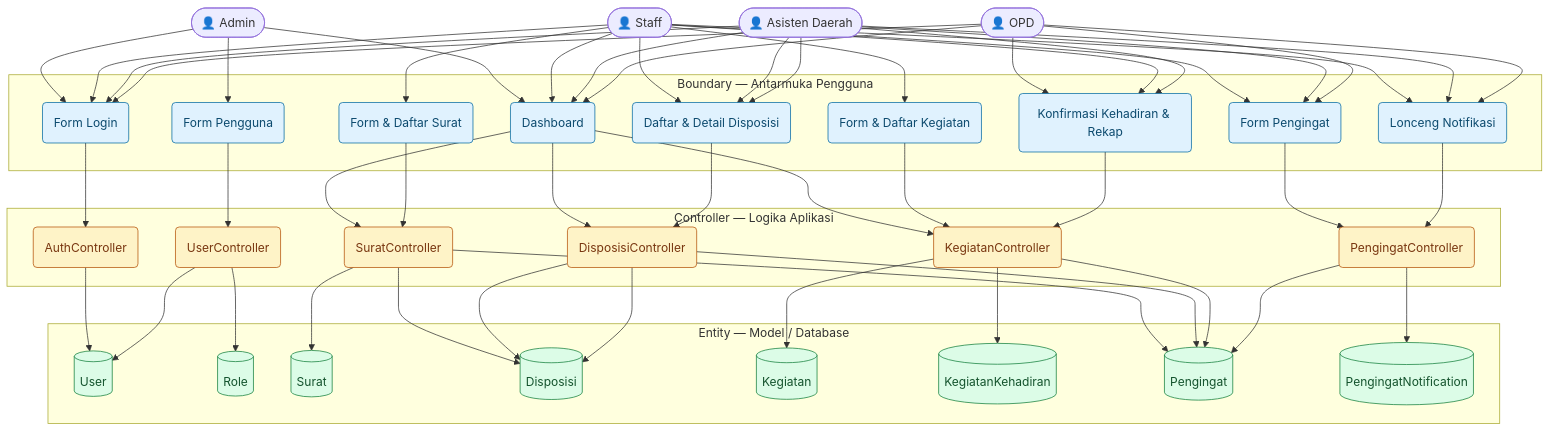
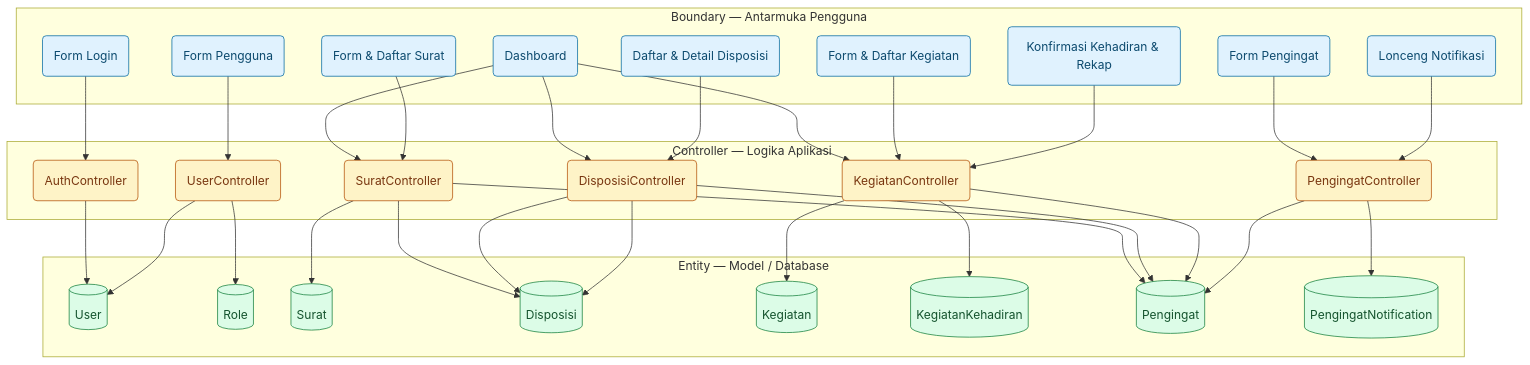
Before and after one commit to cisnatinnov/SI_Pengelolaan_Data_Agenda: diagram 26 of 28 in laravel-vue-mvc/docs/UML_Documentation.md, drawn with Mermaid. The commit also changed other lines of this file and 31 other files, not shown here.

Commit message:
Enhance diagram rendering script with improved error handling and customizable theme options; update UML documentation and diagrams for clarity and consistency.

```diff
--- a/laravel-vue-mvc/docs/UML_Documentation.md
+++ b/laravel-vue-mvc/docs/UML_Documentation.md
@@ -938,12 +938,6 @@
     classDef boundary fill:#e0f2fe,stroke:#0369a1,color:#0c4a6e
     classDef controller fill:#fef3c7,stroke:#b45309,color:#78350f
     classDef entity fill:#dcfce7,stroke:#15803d,color:#14532d
-
-    %% ==== Aktor ====
-    Admin([👤 Admin])
-    Staff([👤 Staff])
-    Asisten([👤 Asisten Daerah])
-    OPD([👤 OPD])
 
     %% ==== Boundary (Antarmuka Pengguna) ====
     subgraph Boundary [Boundary — Antarmuka Pengguna]
@@ -981,71 +975,46 @@
     end
 
     %% ==== Alur: Login & Logout (FR-01) ====
-    Admin --> B_LOGIN
-    Staff --> B_LOGIN
-    Asisten --> B_LOGIN
-    OPD --> B_LOGIN
     B_LOGIN --> C_AUTH
     C_AUTH --> E_USER
 
     %% ==== Alur: Dashboard (FR-02) ====
-    Admin --> B_DASH
-    Staff --> B_DASH
-    Asisten --> B_DASH
-    OPD --> B_DASH
     B_DASH --> C_SURAT
     B_DASH --> C_DISP
     B_DASH --> C_KEG
 
     %% ==== Alur: Kelola Surat (FR-03) ====
-    Staff --> B_SURAT
     B_SURAT --> C_SURAT
     C_SURAT --> E_SURAT
     C_SURAT --> E_DISP
     C_SURAT --> E_PENG
 
     %% ==== Alur: Lihat Disposisi (FR-04) ====
-    Staff --> B_DISP
-    Asisten --> B_DISP
     B_DISP --> C_DISP
     C_DISP --> E_DISP
 
     %% ==== Alur: Serahkan / Tolak Disposisi (FR-05 & FR-06) ====
-    Asisten --> B_DISP
     C_DISP --> E_DISP
     C_DISP --> E_PENG
 
     %% ==== Alur: Kelola Kegiatan (FR-07) ====
-    Staff --> B_KEG
     B_KEG --> C_KEG
     C_KEG --> E_KEG
     C_KEG --> E_PENG
 
-    %% ==== Alur: Konfirmasi Kehadiran (FR-08) ====
-    OPD --> B_KEH
+    %% ==== Alur: Konfirmasi Kehadiran & Lihat Rekap (FR-08 & FR-09) ====
     B_KEH --> C_KEG
     C_KEG --> E_KEH
 
-    %% ==== Alur: Lihat Rekap & Daftar OPD (FR-09) ====
-    Staff --> B_KEH
-    Asisten --> B_KEH
-
     %% ==== Alur: Kelola Pengingat Pribadi (FR-10) ====
-    Staff --> B_PENG
-    Asisten --> B_PENG
-    OPD --> B_PENG
     B_PENG --> C_PENG
     C_PENG --> E_PENG
 
     %% ==== Alur: Notifikasi Pengingat Real-Time (FR-11) ====
-    Staff --> B_NOTIF
-    Asisten --> B_NOTIF
-    OPD --> B_NOTIF
     B_NOTIF --> C_PENG
     C_PENG --> E_NOTIF
 
     %% ==== Alur: Kelola Pengguna & Role (FR-12) ====
-    Admin --> B_USER
     B_USER --> C_USER
     C_USER --> E_USER
     C_USER --> E_ROLE
```
